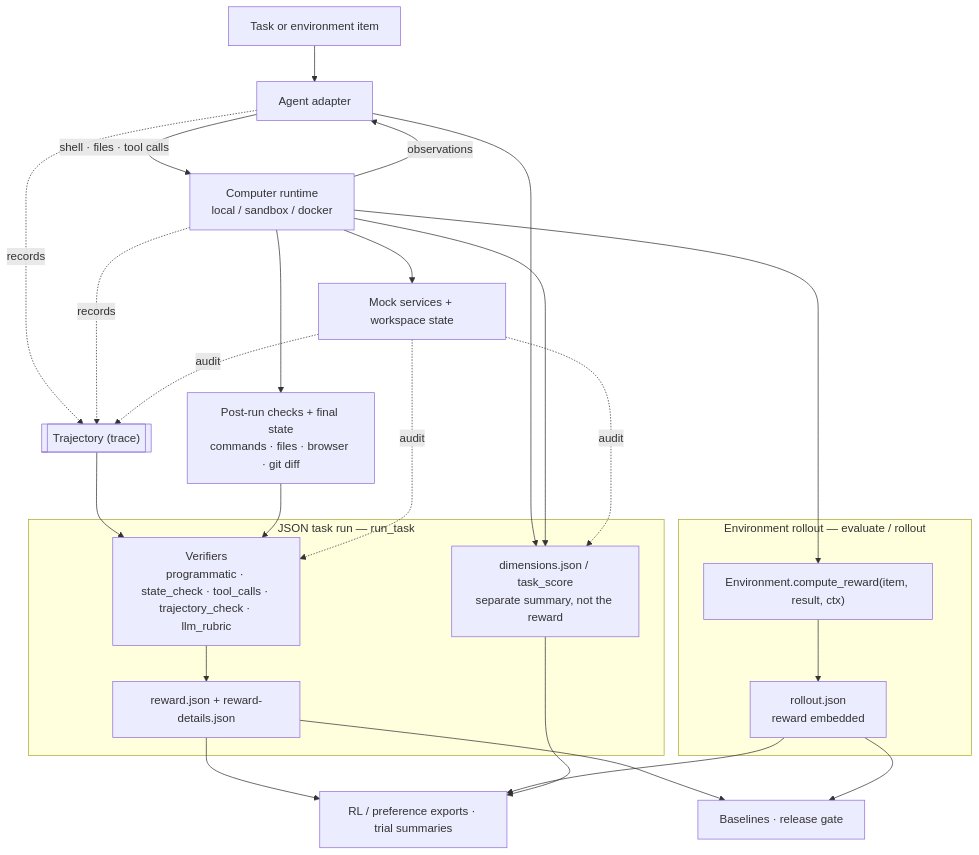
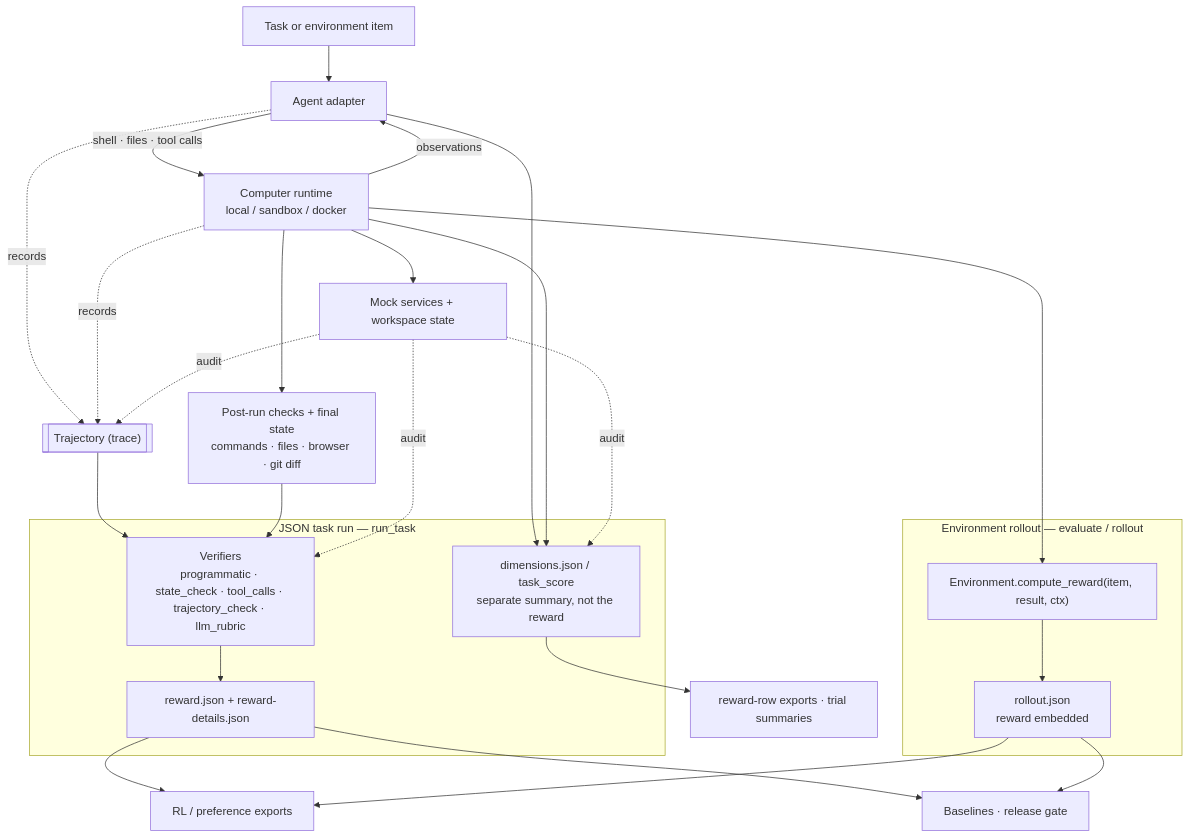
Before and after one commit to itseffi/agenticevals: the diagram in README.md, drawn with Mermaid.

````diff
--- a/README.md
+++ b/README.md
@@ -15,33 +15,33 @@
 ```mermaid
 flowchart TB
   Task["Task or environment item"] --> Agent["Agent adapter"]
   Agent -->|"shell · files · tool calls"| Computer["Computer runtime<br/>local / sandbox / docker"]
   Computer -->|"observations"| Agent
   Computer --> Svc["Mock services + workspace state"]
   Agent -. records .-> Traj[["Trajectory (trace)"]]
   Computer -. records .-> Traj
   Svc -. audit .-> Traj
 
   subgraph TaskRun["JSON task run — run_task"]
     Verif["Verifiers<br/>programmatic · state_check · tool_calls · trajectory_check · llm_rubric"] --> RJ["reward.json + reward-details.json"]
     Dims["dimensions.json / task_score<br/>separate summary, not the reward"]
   end
 
   subgraph EnvRun["Environment rollout — evaluate / rollout"]
     CR["Environment.compute_reward(item, result, ctx)"] --> RO["rollout.json<br/>reward embedded"]
   end
 
   Traj --> Verif
   Computer --> Checks["Post-run checks + final state<br/>commands · files · browser · git diff"]
   Checks --> Verif
   Svc -. audit .-> Verif
   Agent --> Dims
   Computer --> Dims
   Svc -. audit .-> Dims
   Computer --> CR
-  RJ --> Exports["RL / preference exports · trial summaries"]
+  RJ --> Exports["RL / preference exports"]
   RO --> Exports
-  Dims --> Exports
+  Dims --> DimOut["reward-row exports · trial summaries"]
   RJ --> Gate["Baselines · release gate"]
   RO --> Gate
 ```
````
